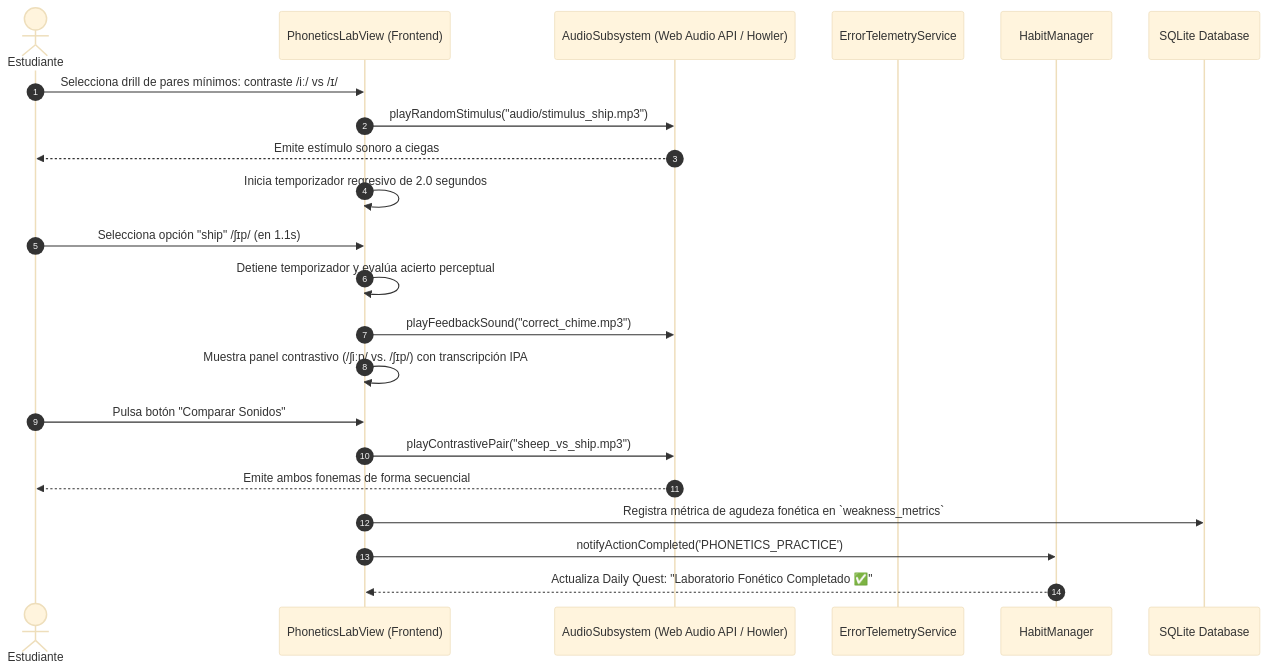
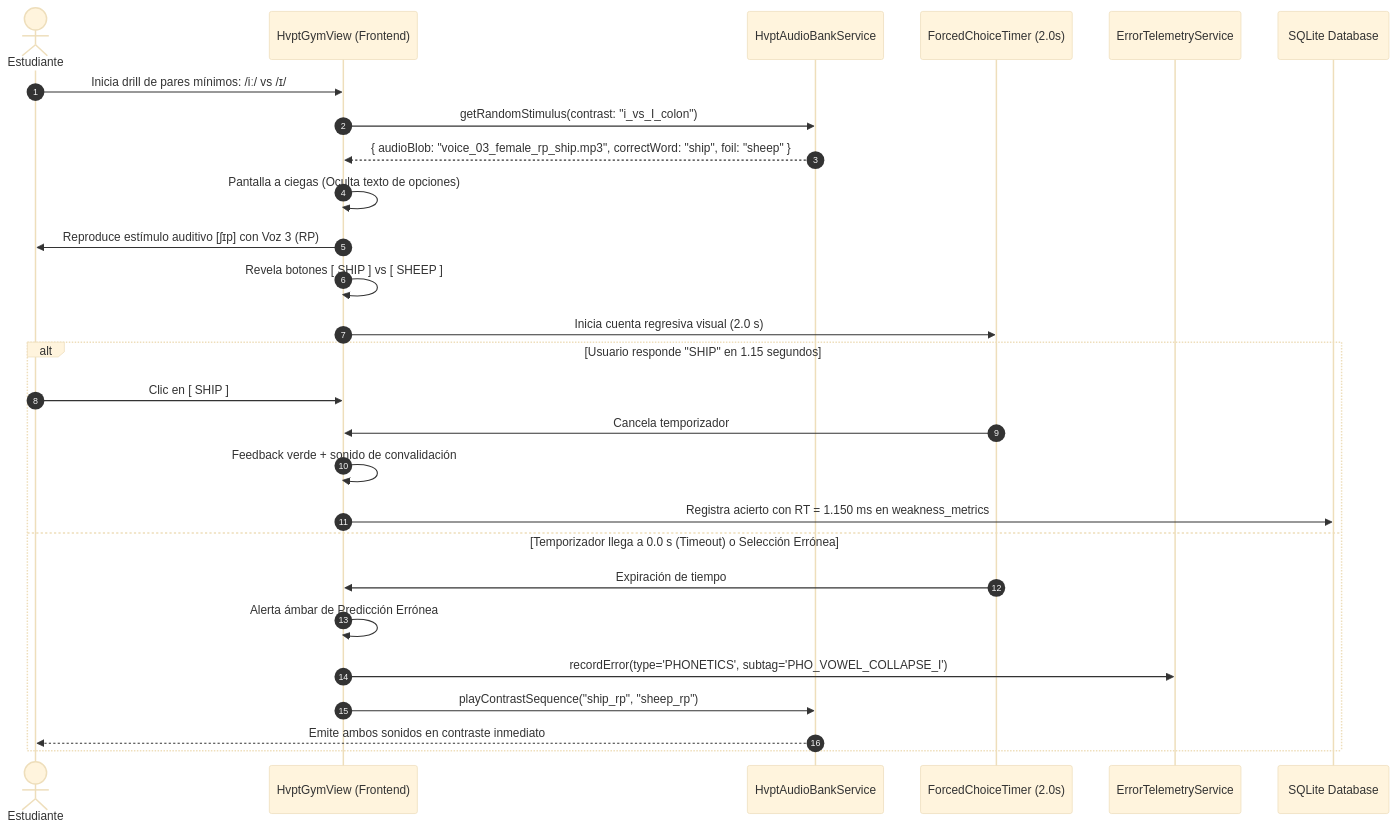
One commit to JosGRM21/english_learning_assistant changed the fifth of 9 diagrams in docs/03_architecture_and_design/sequence_diagrams.md. Above: the diagram before and after it, drawn with Mermaid (base theme). The commit also changed other lines of this file and 142 other files, not shown here.

````diff
--- a/docs/03_architecture_and_design/sequence_diagrams.md
+++ b/docs/03_architecture_and_design/sequence_diagrams.md
@@ -203,27 +169,32 @@
 ```mermaid
 sequenceDiagram
     autonumber
     actor User as Estudiante
-    participant UI as PhoneticsLabView (Frontend)
-    participant AudioSys as AudioSubsystem (Web Audio API / Howler)
+    participant UI as HvptGymView (Frontend)
+    participant AudioBank as HvptAudioBankService
+    participant Timer as ForcedChoiceTimer (2.0s)
     participant ErrorMgr as ErrorTelemetryService
-    participant HabitMgr as HabitManager
     participant DB as SQLite Database
 
-    User->>UI: Selecciona drill de pares mínimos: contraste /iː/ vs /ɪ/
-    UI->>AudioSys: playRandomStimulus("audio/stimulus_ship.mp3")
-    AudioSys-->>User: Emite estímulo sonoro a ciegas
-    UI->>UI: Inicia temporizador regresivo de 2.0 segundos
+    User->>UI: Inicia drill de pares mínimos: /iː/ vs /ɪ/
+    UI->>AudioBank: getRandomStimulus(contrast: "i_vs_I_colon")
+    AudioBank-->>UI: { audioBlob: "voice_03_female_rp_ship.mp3", correctWord: "ship", foil: "sheep" }
+    
+    UI->>UI: Pantalla a ciegas (Oculta texto de opciones)
+    UI->>User: Reproduce estímulo auditivo [ʃɪp] con Voz 3 (RP)
+    UI->>UI: Revela botones [ SHIP ] vs [ SHEEP ]
+    UI->>Timer: Inicia cuenta regresiva visual (2.0 s)
 
-    User->>UI: Selecciona opción "ship" /ʃɪp/ (en 1.1s)
-    UI->>UI: Detiene temporizador y evalúa acierto perceptual
-    UI->>AudioSys: playFeedbackSound("correct_chime.mp3")
-    UI->>UI: Muestra panel contrastivo (/ʃiːp/ vs. /ʃɪp/) con transcripción IPA
-    User->>UI: Pulsa botón "Comparar Sonidos"
-    UI->>AudioSys: playContrastivePair("sheep_vs_ship.mp3")
-    AudioSys-->>User: Emite ambos fonemas de forma secuencial
-
-    UI->>DB: Registra métrica de agudeza fonética en `weakness_metrics`
-    UI->>HabitMgr: notifyActionCompleted('PHONETICS_PRACTICE')
-    HabitMgr-->>UI: Actualiza Daily Quest: "Laboratorio Fonético Completado ✅"
+    alt Usuario responde "SHIP" en 1.15 segundos
+        User->>UI: Clic en [ SHIP ]
+        Timer->>UI: Cancela temporizador
+        UI->>UI: Feedback verde + sonido de convalidación
+        UI->>DB: Registra acierto con RT = 1.150 ms en weakness_metrics
+    else Temporizador llega a 0.0 s (Timeout) o Selección Errónea
+        Timer->>UI: Expiración de tiempo
+        UI->>UI: Alerta ámbar de Predicción Errónea
+        UI->>ErrorMgr: recordError(type='PHONETICS', subtag='PHO_VOWEL_COLLAPSE_I')
+        UI->>AudioBank: playContrastSequence("ship_rp", "sheep_rp")
+        AudioBank-->>User: Emite ambos sonidos en contraste inmediato
+    end
 ```
````
